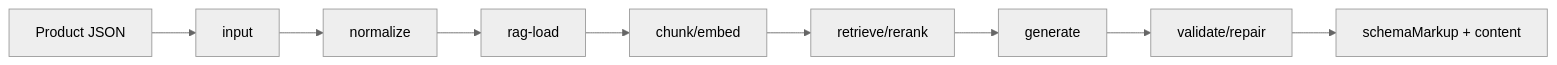
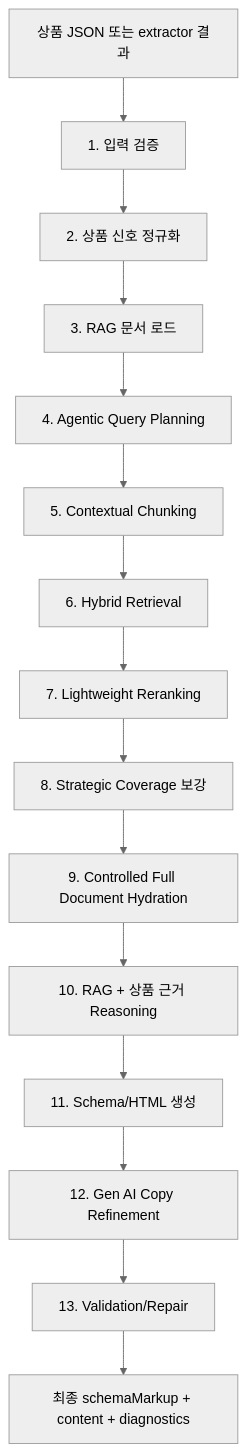
Before and after one commit to jungtaeinn/agentic-geo: the diagram in packages/pdp-geo-generator-agent/README.md, drawn with Mermaid (neutral theme). The commit also changed other lines of this file and 48 other files, not shown here.

First line of the commit message:
feat: PDP 에이전트의 RAG 기반 정규화 고도화

````diff
--- a/packages/pdp-geo-generator-agent/README.md
+++ b/packages/pdp-geo-generator-agent/README.md
@@ -20,11 +33,17 @@
 ```mermaid
-flowchart LR
-  A["Product JSON"] --> B["input"]
-  B --> C["normalize"]
-  C --> D["rag-load"]
-  D --> E["chunk/embed"]
-  E --> F["retrieve/rerank"]
-  F --> G["generate"]
-  G --> H["validate/repair"]
-  H --> I["schemaMarkup + content"]
+flowchart TD
+  A["상품 JSON 또는 extractor 결과"] --> B["1. 입력 검증"]
+  B --> C["2. 상품 신호 정규화"]
+  C --> D["3. RAG 문서 로드"]
+  D --> E["4. Agentic Query Planning"]
+  E --> F["5. Contextual Chunking"]
+  F --> G["6. Hybrid Retrieval"]
+  G --> H["7. Lightweight Reranking"]
+  H --> I["8. Strategic Coverage 보강"]
+  I --> J["9. Controlled Full Document Hydration"]
+  J --> K["10. RAG + 상품 근거 Reasoning"]
+  K --> L["11. Schema/HTML 생성"]
+  L --> M["12. Gen AI Copy Refinement"]
+  M --> N["13. Validation/Repair"]
+  N --> O["최종 schemaMarkup + content + diagnostics"]
 ```
````
